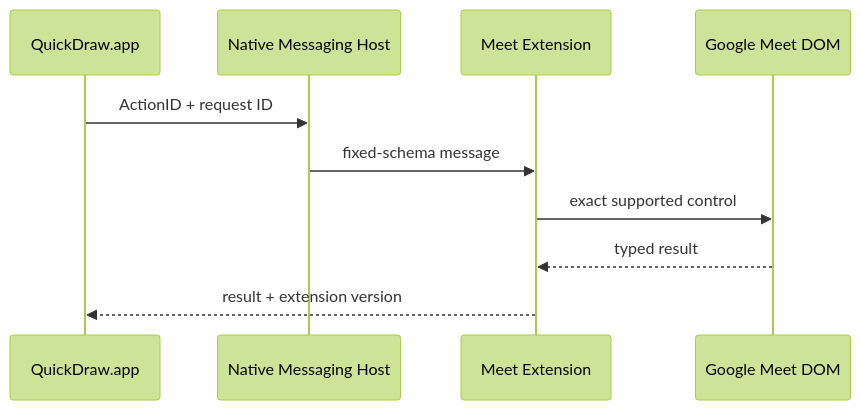
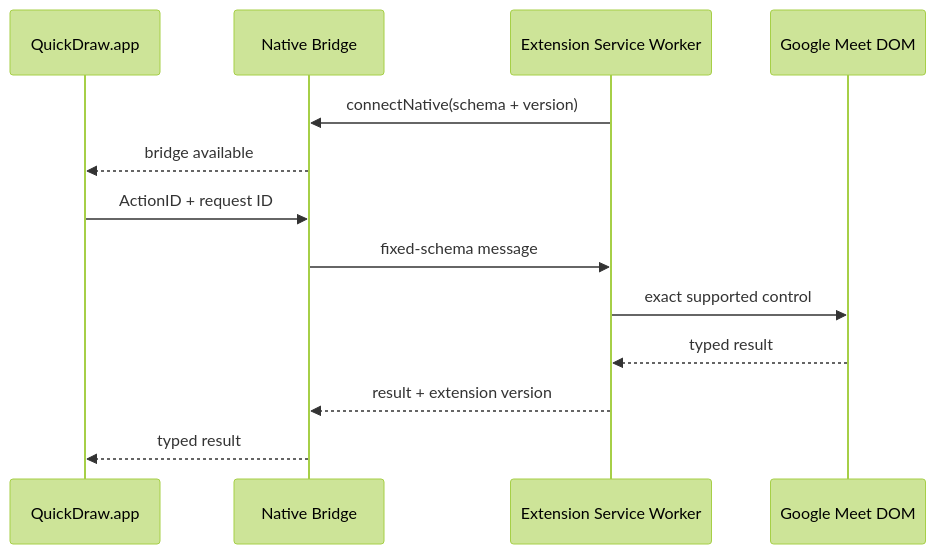
Before and after one commit to keishingu/Rinvio: the second of 2 diagrams in docs/quickdraw-product-design.ja.md, drawn with Mermaid (forest theme). The commit also changed other lines of this file and 10 other files, not shown here.

Commit message:
Add browser adapters and extension architecture

````diff
--- a/docs/quickdraw-product-design.ja.md
+++ b/docs/quickdraw-product-design.ja.md
@@ -735,12 +737,15 @@
 ```mermaid
 sequenceDiagram
     participant Q as QuickDraw.app
-    participant N as Native Messaging Host
-    participant E as Meet Extension
+    participant N as Native Bridge
+    participant E as Extension Service Worker
     participant M as Google Meet DOM
+    E->>N: connectNative(schema + version)
+    N-->>Q: bridge available
     Q->>N: ActionID + request ID
     N->>E: fixed-schema message
     E->>M: exact supported control
     M-->>E: typed result
-    E-->>Q: result + extension version
+    E-->>N: result + extension version
+    N-->>Q: typed result
 ```
````
